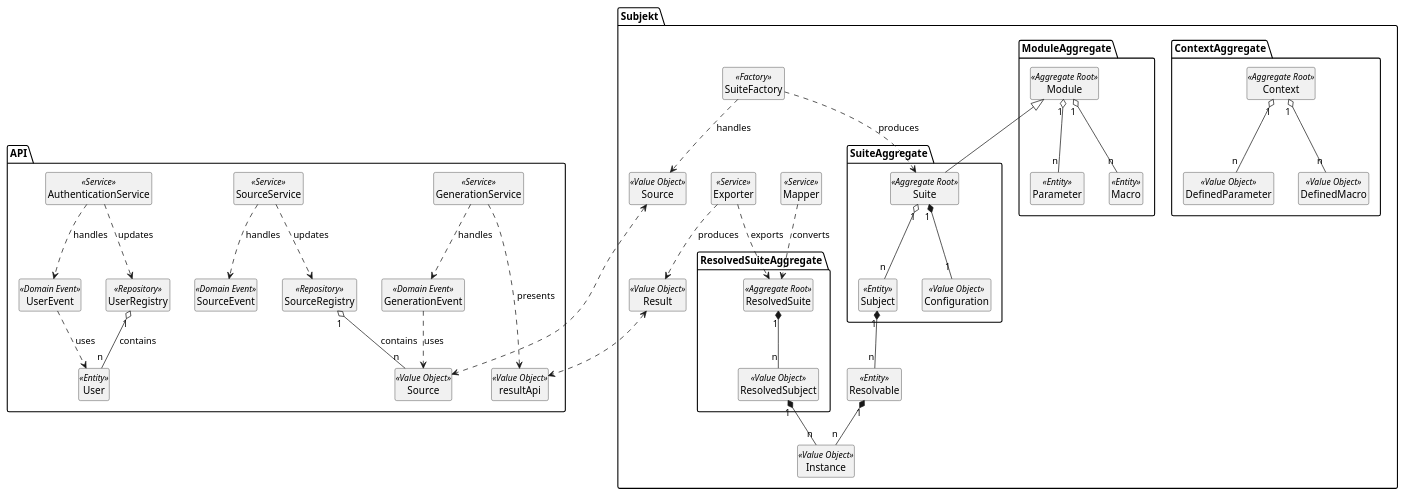
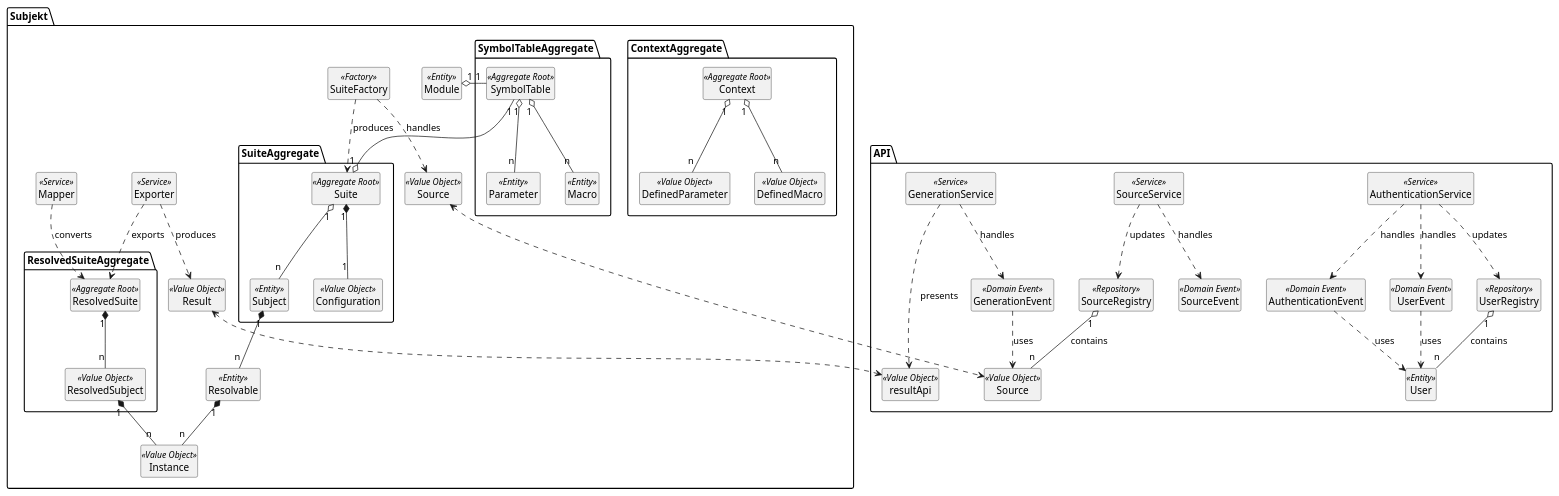
Before and after one commit to mini-roostico/ddd: the diagram in context-map.puml, drawn with PlantUML. The commit also changed 3 other files, not shown here.

Commit message:
feat: defined first class diagrams for subjekt and web-api

```diff
--- a/context-map.puml
+++ b/context-map.puml
@@ -1,111 +1,118 @@
 @startuml
 hide empty members
 hide <<Entity>> circle
 hide <<Value Object>> circle
 hide <<Factory>> circle
 hide <<Service>> circle
 hide <<Domain Event>> circle
 hide <<Aggregate Root>> circle
 hide <<Repository>> circle
 
 package Subjekt {
     package SuiteAggregate  {
         class Suite <<Aggregate Root>>
 
         Suite "1" o-- "n" Subject
         Suite "1" *-- "1" Configuration
 
         class Subject <<Entity>>
         class Configuration <<Value Object>>
     }
 
     class sourceSubjekt as "Source" <<Value Object>>
     class SuiteFactory <<Factory>>
     SuiteFactory ..> Suite : "produces"
     SuiteFactory ..> sourceSubjekt : "handles"
 
     package ContextAggregate {
         class Context <<Aggregate Root>>
 
         Context "1" o-- "n" DefinedParameter
         Context "1" o-- "n" DefinedMacro
 
         class DefinedParameter <<Value Object>>
         class DefinedMacro <<Value Object>>
     }
 
-    package ModuleAggregate {
-        class Module <<Aggregate Root>>
+    class Module <<Entity>>
 
-        Module "1" o-- "n" Parameter
-        Module "1" o-- "n" Macro
+    package SymbolTableAggregate {
+
+        class SymbolTable <<Aggregate Root>>
+
+        SymbolTable "1" o-- "n" Parameter
+        SymbolTable "1" o-- "n" Macro
 
         class Parameter <<Entity>>
         class Macro <<Entity>>
     }
 
-    Module <|-- Suite
+    SymbolTable "1" --o "1" Suite
+    SymbolTable "1" -o "1" Module
 
     package ResolvedSuiteAggregate {
         class ResolvedSuite <<Aggregate Root>>
 
         ResolvedSuite "1" *-- "n" ResolvedSubject
         class ResolvedSubject <<Value Object>>
     }
 
     Subject "1" *-- "n" Resolvable
     Resolvable "1" *-- "n" Instance
     ResolvedSubject "1" *-- "n" Instance
 
     class Resolvable <<Entity>>
     class Instance <<Value Object>>
 
     class Exporter <<Service>>
     class resultSubjekt as "Result" <<Value Object>>
 
     class Mapper <<Service>>
 
     Mapper ..> ResolvedSuite : "converts"
     Exporter ..> ResolvedSuite : "exports"
     Exporter ..> resultSubjekt : "produces"
 }
 
 package API {
     class User <<Entity>>
     class sourceApi as "Source" <<Value Object>>
 
     sourceSubjekt <.> sourceApi
     resultSubjekt <..> resultApi
 
     class resultApi as "Result" <<Value Object>>
     class UserRegistry <<Repository>>
 
     UserRegistry "1" o-- "n" User : "contains"
 
     class SourceRegistry <<Repository>>
 
     SourceRegistry "1" o-- "n" sourceApi : "contains"
 
     class AuthenticationService <<Service>>
 
+    AuthenticationService ..> AuthenticationEvent : "handles"
+    AuthenticationEvent ..> User : "uses"
+    AuthenticationService ..> UserRegistry : "updates"
+    UserEvent ..> User : "uses"
     AuthenticationService ..> UserEvent : "handles"
-    UserEvent ..> User : "uses"
-    AuthenticationService ..> UserRegistry : "updates"
 
     class SourceService <<Service>>
 
     SourceService ..> SourceEvent : "handles"
     SourceService ..> SourceRegistry : "updates"
 
     class GenerationService <<Service>>
 
     GenerationService ..> GenerationEvent : "handles"
     GenerationEvent ..> sourceApi : "uses"
     GenerationService ...> resultApi: "presents"
 
+    class AuthenticationEvent <<Domain Event>>
     class UserEvent <<Domain Event>>
     class SourceEvent <<Domain Event>>
     class GenerationEvent <<Domain Event>>
 }
 
 @enduml
```
